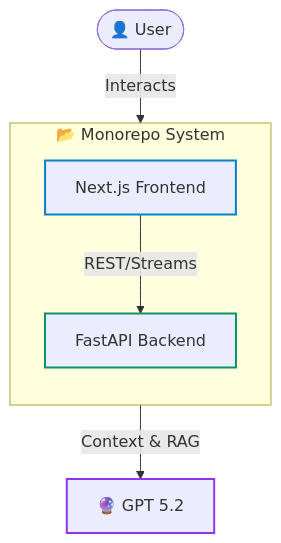
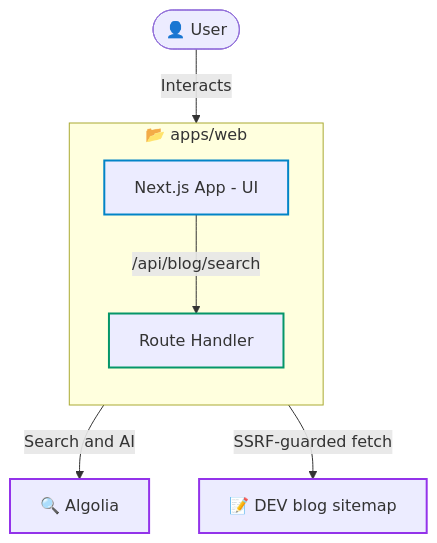
The diagram in ARCHITECTURE.md (anchildress1/system-notes), drawn with Mermaid before and after one commit. The commit also changed other lines of this file and 3 other files, not shown here.

First line of the commit message:
docs: sync architecture and security docs to backend-free app

````diff
--- a/ARCHITECTURE.md
+++ b/ARCHITECTURE.md
@@ -9,17 +9,20 @@
 ```mermaid
+%%{init: {'theme': 'default'}}%%
 graph TD
-    %% Theme-agnostic styling
+    accTitle: System Notes architecture
+    accDescr: A single Next.js app serves the UI and a blog-search route handler. The browser talks to Algolia for search and AI, and the route handler aggregates the DEV blog from an external sitemap behind an SSRF guard.
+
     classDef frontend stroke:#0284C7,stroke-width:2px;
     classDef backend stroke:#059669,stroke-width:2px;
     classDef external stroke:#9333EA,stroke-width:2px;
 
+    User([👤 User]) -->|Interacts| Web[Next.js App - UI]:::frontend
 
-    User([👤 User]) -->|Interacts| Web[Next.js Frontend]:::frontend
-
-    subgraph Monorepo [📂 Monorepo System]
+    subgraph App [📂 apps/web]
         direction TB
-        Web -->|REST/Streams| API[FastAPI Backend]:::backend
+        Web -->|/api/blog/search| Route[Route Handler]:::backend
     end
 
-    API -->|Context & RAG| External["🔮 GPT 5.2"]:::external
+    Web -->|Search and AI| Algolia["🔍 Algolia"]:::external
+    Route -->|SSRF-guarded fetch| Blog["📝 DEV blog sitemap"]:::external
 ```
````
